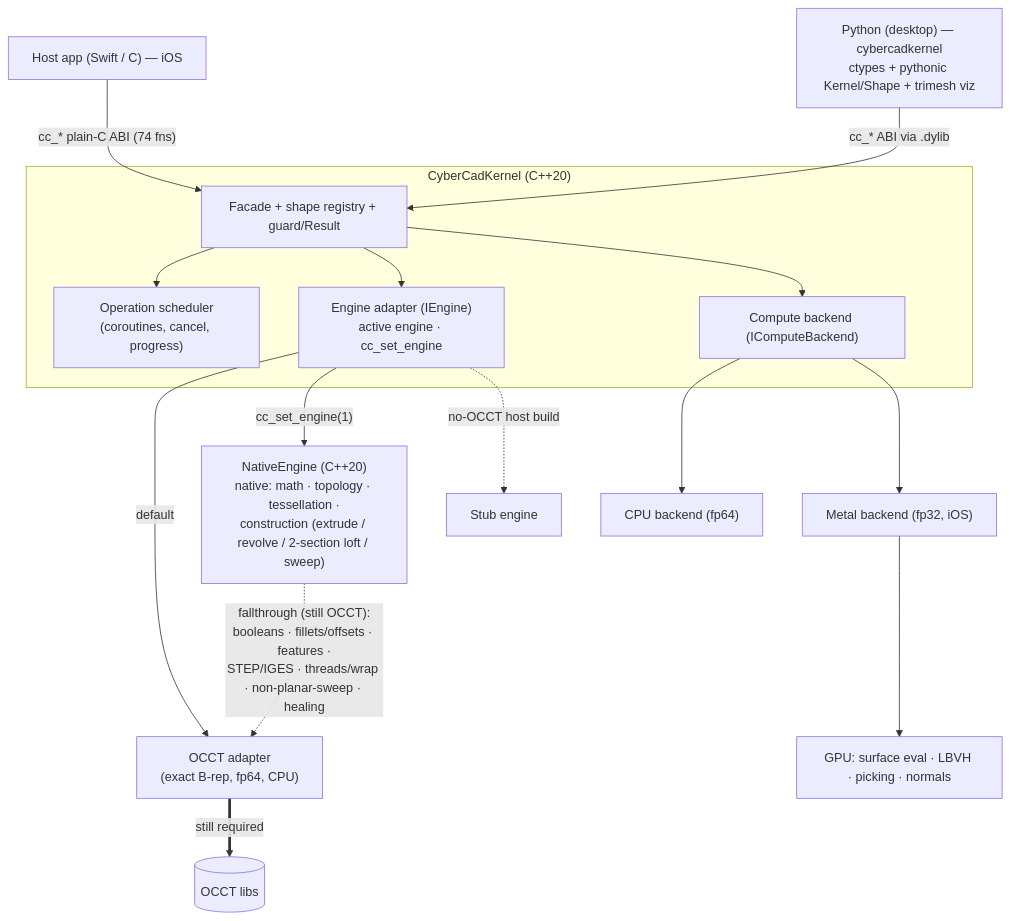
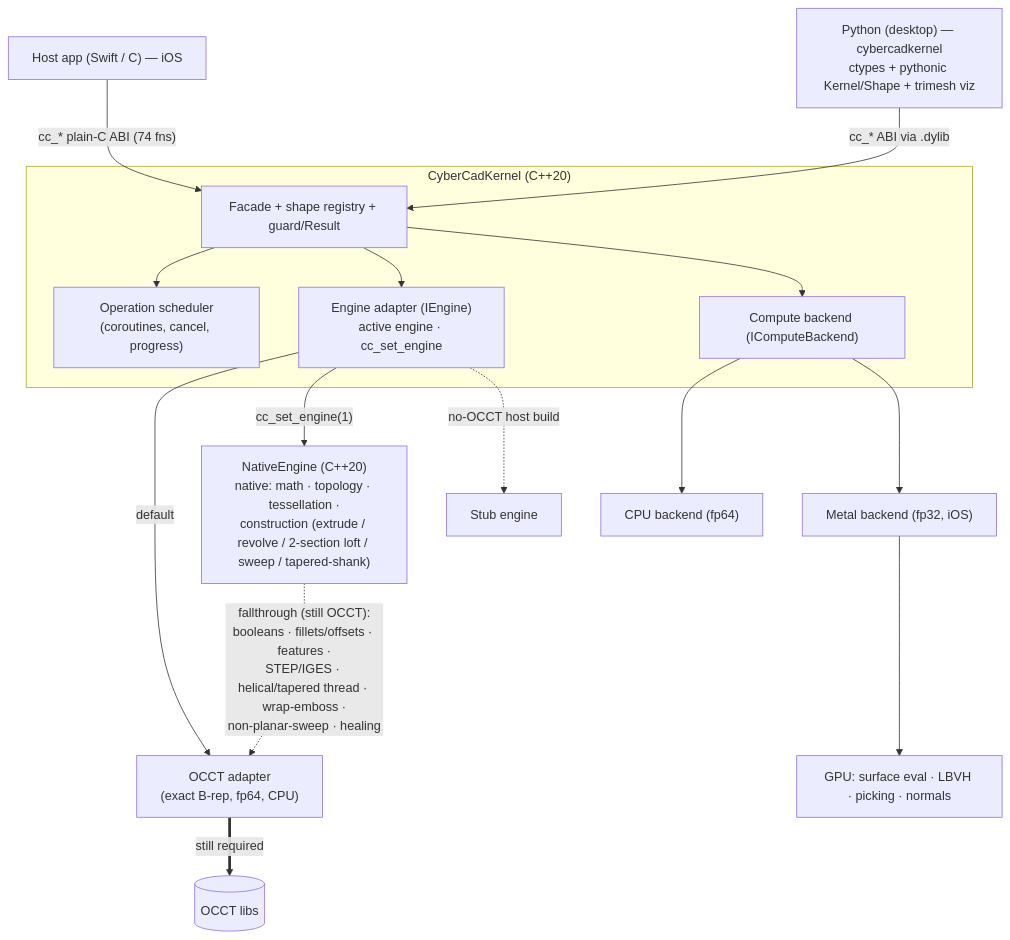
The diagram in README.md (CyberdyneCorp/CyberCadKernel), drawn with Mermaid before and after one commit. The commit also changed other lines of this file and 20 other files, not shown here.

````diff
--- a/README.md
+++ b/README.md
@@ -33,27 +33,27 @@
 ```mermaid
 flowchart TD
     App["Host app (Swift / C) — iOS"] -->|"cc_* plain-C ABI (74 fns)"| Facade
     Py["Python (desktop) — cybercadkernel<br/>ctypes + pythonic Kernel/Shape + trimesh viz"] -->|"cc_* ABI via .dylib"| Facade
 
     subgraph Kernel["CyberCadKernel (C++20)"]
         Facade["Facade + shape registry + guard/Result"]
         Sched["Operation scheduler<br/>(coroutines, cancel, progress)"]
         Engine["Engine adapter (IEngine)<br/>active engine · cc_set_engine"]
         Compute["Compute backend (IComputeBackend)"]
 
         Facade --> Sched
         Facade --> Engine
         Facade --> Compute
     end
 
     Engine -->|"default"| OCCT["OCCT adapter<br/>(exact B-rep, fp64, CPU)"]
-    Engine -->|"cc_set_engine(1)"| Native["NativeEngine (C++20)<br/>native: math · topology · tessellation ·<br/>construction (extrude / revolve / 2-section loft / sweep)"]
+    Engine -->|"cc_set_engine(1)"| Native["NativeEngine (C++20)<br/>native: math · topology · tessellation ·<br/>construction (extrude / revolve / 2-section loft / sweep / tapered-shank)"]
     Engine -.->|"no-OCCT host build"| Stub["Stub engine"]
 
-    Native -.->|"fallthrough (still OCCT):<br/>booleans · fillets/offsets · features ·<br/>STEP/IGES · threads/wrap · non-planar-sweep · healing"| OCCT
+    Native -.->|"fallthrough (still OCCT):<br/>booleans · fillets/offsets · features ·<br/>STEP/IGES · helical/tapered thread · wrap-emboss ·<br/>non-planar-sweep · healing"| OCCT
     OCCT ==>|"still required"| OCCTlib[("OCCT libs")]
 
     Compute --> CPUb["CPU backend (fp64)"]
     Compute --> Metal["Metal backend (fp32, iOS)"]
     Metal --> GPU["GPU: surface eval · LBVH · picking · normals"]
 ```
````
